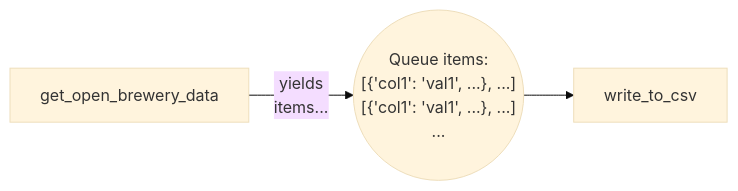
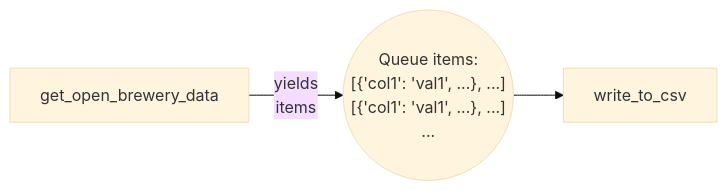
The fifth of 5 diagrams in docs/source/technical.rst (civisanalytics/async-graph-data-flow), drawn with Mermaid (base theme) before and after one commit. The commit also changed other lines of this file and 3 other files, not shown here.

```diff
--- a/docs/source/technical.rst
+++ b/docs/source/technical.rst
@@ -212,9 +218,9 @@
 .. mermaid::
 
     flowchart LR
 
     Q(("Queue items:\n[{'col1': 'val1', ...}, ...]\n[{'col1': 'val1', ...}, ...]\n...\n"))
     A[get_open_brewery_data]
     B[write_to_csv]
-    A --> |yields\nitems...| Q
+    A --> |yields\nitems| Q
     Q --> B
```
